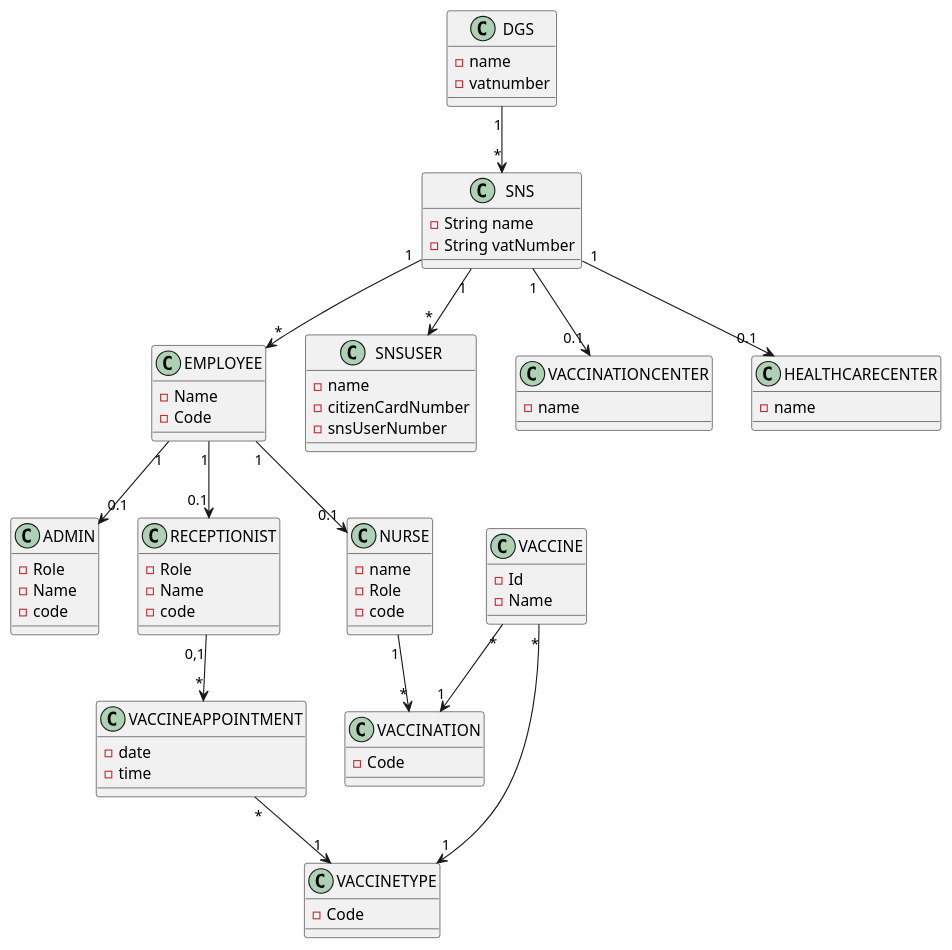
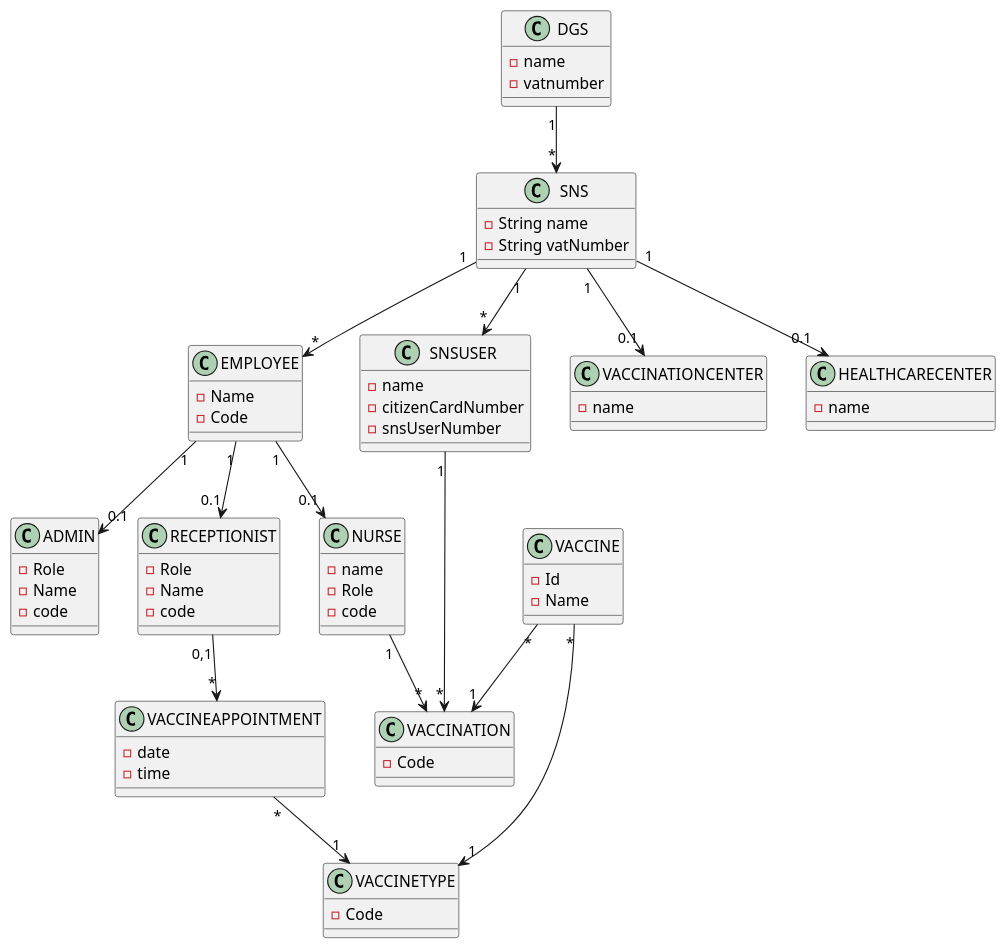
Before and after one commit to veracunha12/BaseDadosDomain: the diagram in src/main/puml/DomainBase/dados.puml, drawn with PlantUML.

```diff
--- a/src/main/puml/DomainBase/dados.puml
+++ b/src/main/puml/DomainBase/dados.puml
@@ -1,92 +1,93 @@
 @startuml
 'https://plantuml.com/class-diagram
 
 
 
 
 
 
 
 class DGS {
     - name
     - vatnumber
 
 }
 
 class SNS {
     - String name
     - String vatNumber
 
 }
 class EMPLOYEE {
 -Name
 -Code
 }
 class ADMIN {
 -Role
 -Name
 -code
 }
 class RECEPTIONIST {
 -Role
 -Name
 -code
 
 }
 
 class NURSE {
    -name
    -Role
    -code
 
 
 }
 class SNSUSER {
 
 - name
 - citizenCardNumber
 - snsUserNumber
 
 }
 class VACCINATIONCENTER {
 -name
 
 }
 class HEALTHCARECENTER {
 -name
 
 }
 
 class VACCINEAPPOINTMENT {
 - date
 - time
 
 }
 class VACCINE {
 -Id
 -Name
 
 }
 class VACCINETYPE{
  -Code
 }
 class VACCINATION{
  -Code
 }
 
 
 
 DGS "1" --> "*" SNS
 SNS "1" --> "*" EMPLOYEE
 SNS "1" --> "*" SNSUSER
 EMPLOYEE  "1" --> "0.1" RECEPTIONIST
 EMPLOYEE  "1" --> "0.1" NURSE
 EMPLOYEE  "1" --> "0.1" ADMIN
 SNS "1" --> "0.1" VACCINATIONCENTER
 SNS "1" --> "0.1" HEALTHCARECENTER
 NURSE "1" --> "*" VACCINATION
 RECEPTIONIST"0,1" --> "*" VACCINEAPPOINTMENT
 VACCINEAPPOINTMENT"*" --> "1" VACCINETYPE
 VACCINE"*" --> "1" VACCINETYPE
 VACCINE"*" --> "1" VACCINATION
+SNSUSER"1" --> "*" VACCINATION
 @enduml
```
